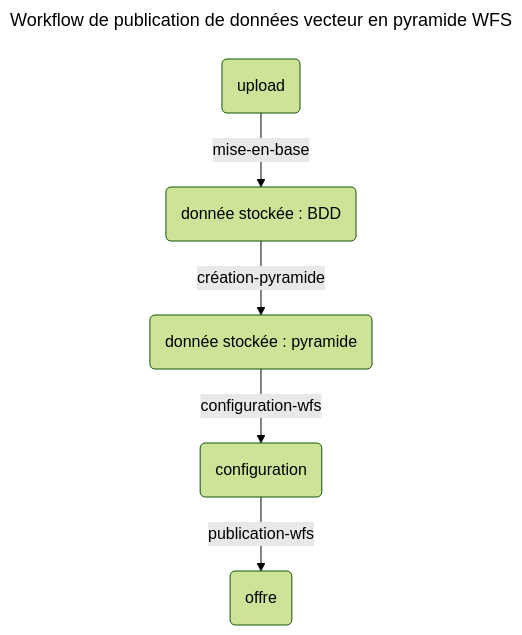
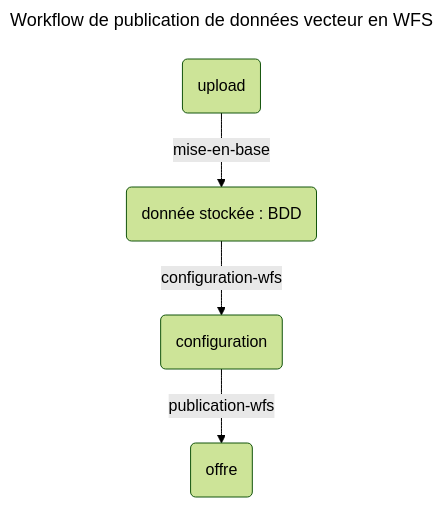
The diagram in docs/tutoriel_2_flux_vecteur.md (ignf-sidc/ignf-gpf-api), drawn with Mermaid (forest theme) before and after one commit. The commit also changed other lines of this file and 7 other files, not shown here.

````diff
--- a/docs/tutoriel_2_flux_vecteur.md
+++ b/docs/tutoriel_2_flux_vecteur.md
@@ -79,11 +81,10 @@
 ```mermaid
 ---
-title: Workflow de publication de données vecteur en pyramide WFS
+title: Workflow de publication de données vecteur en WFS
 ---
 %% doc mermaid ici https://mermaid-js.github.io/mermaid/#/flowchart?id=flowcharts-basic-syntax
 flowchart TD
     A("upload") -->|mise-en-base| B("donnée stockée : BDD")
-    B -->|création-pyramide| C(donnée stockée : pyramide)
-    C -->|configuration-wfs| D(configuration)
-    D -->|publication-wfs| E(offre)
+    B -->|configuration-wfs| C(configuration)
+    C -->|publication-wfs| D(offre)
 ```
````
